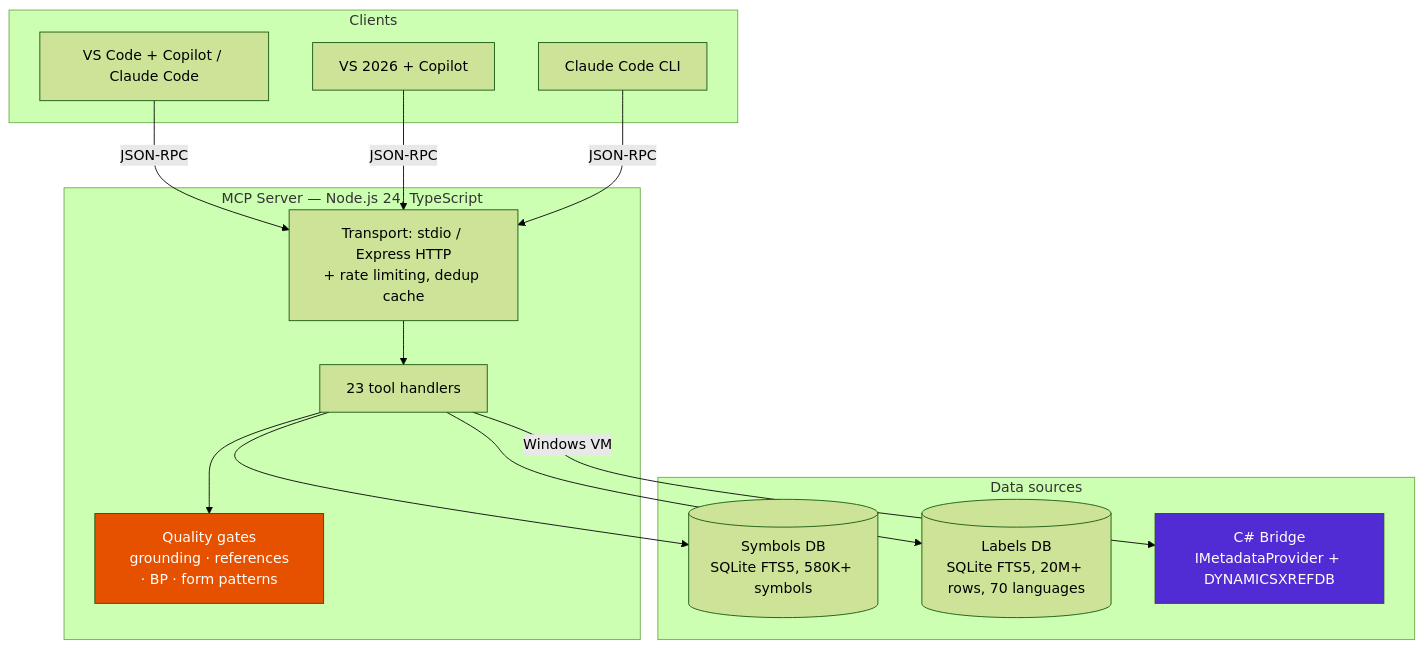
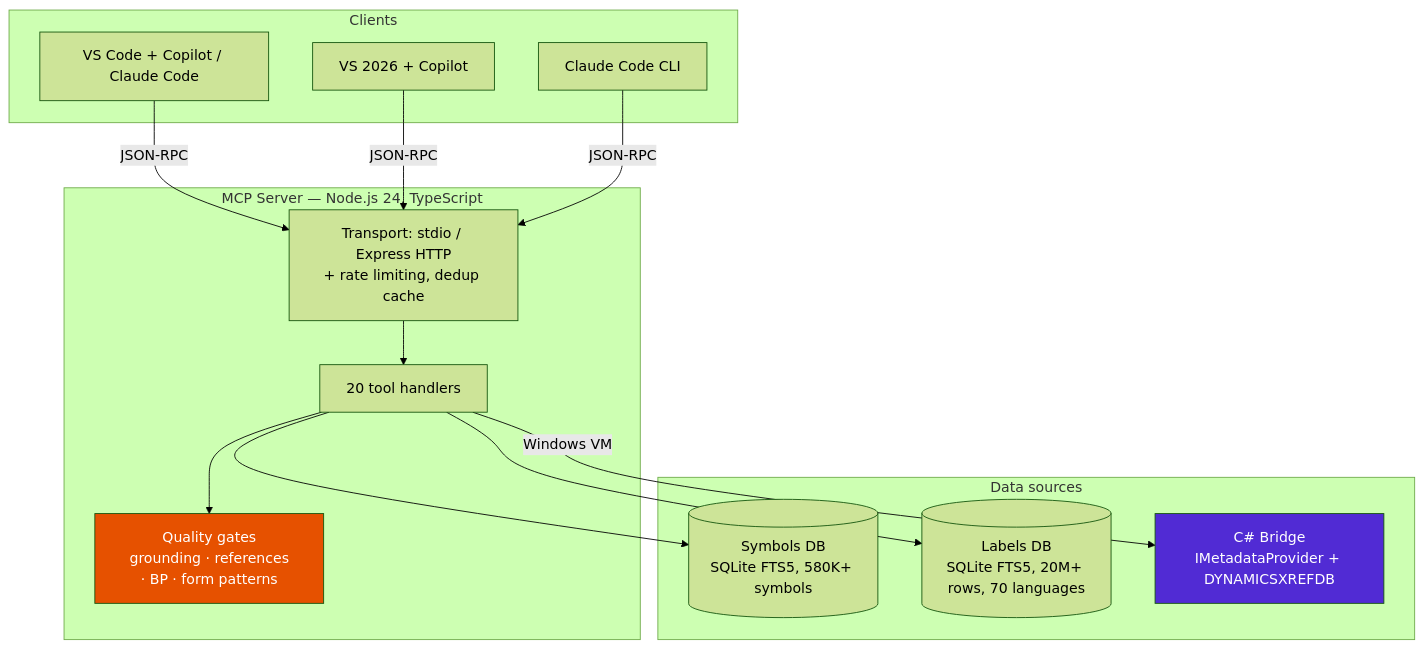
One commit to dynamics365ninja/d365fo-mcp-server changed the first of 6 diagrams in docs/ARCHITECTURE.md. Above: the diagram before and after it, drawn with Mermaid (forest theme). The commit also changed other lines of this file and 58 other files, not shown here.

````diff
--- a/docs/ARCHITECTURE.md
+++ b/docs/ARCHITECTURE.md
@@ -9,28 +9,28 @@
 ```mermaid
 graph TB
     subgraph Clients
         VSC[VS Code + Copilot / Claude Code]
         VS[VS 2026 + Copilot]
         CC[Claude Code CLI]
     end
 
     subgraph "MCP Server — Node.js 24, TypeScript"
         TRANSPORT[Transport: stdio / Express HTTP\n+ rate limiting, dedup cache]
-        TOOLS[23 tool handlers]
+        TOOLS[20 tool handlers]
         GATES[Quality gates\n grounding · references · BP · form patterns]
     end
 
     subgraph "Data sources"
         DB[(Symbols DB\nSQLite FTS5, 580K+ symbols)]
         LDB[(Labels DB\nSQLite FTS5, 20M+ rows, 70 languages)]
         BRIDGE[C# Bridge\nIMetadataProvider + DYNAMICSXREFDB]
     end
 
     VSC & VS & CC -->|JSON-RPC| TRANSPORT --> TOOLS
     TOOLS --> GATES
     TOOLS --> DB & LDB
     TOOLS -->|Windows VM| BRIDGE
 
     style BRIDGE fill:#512BD4,color:#fff
     style GATES fill:#E65100,color:#fff
 ```
````
